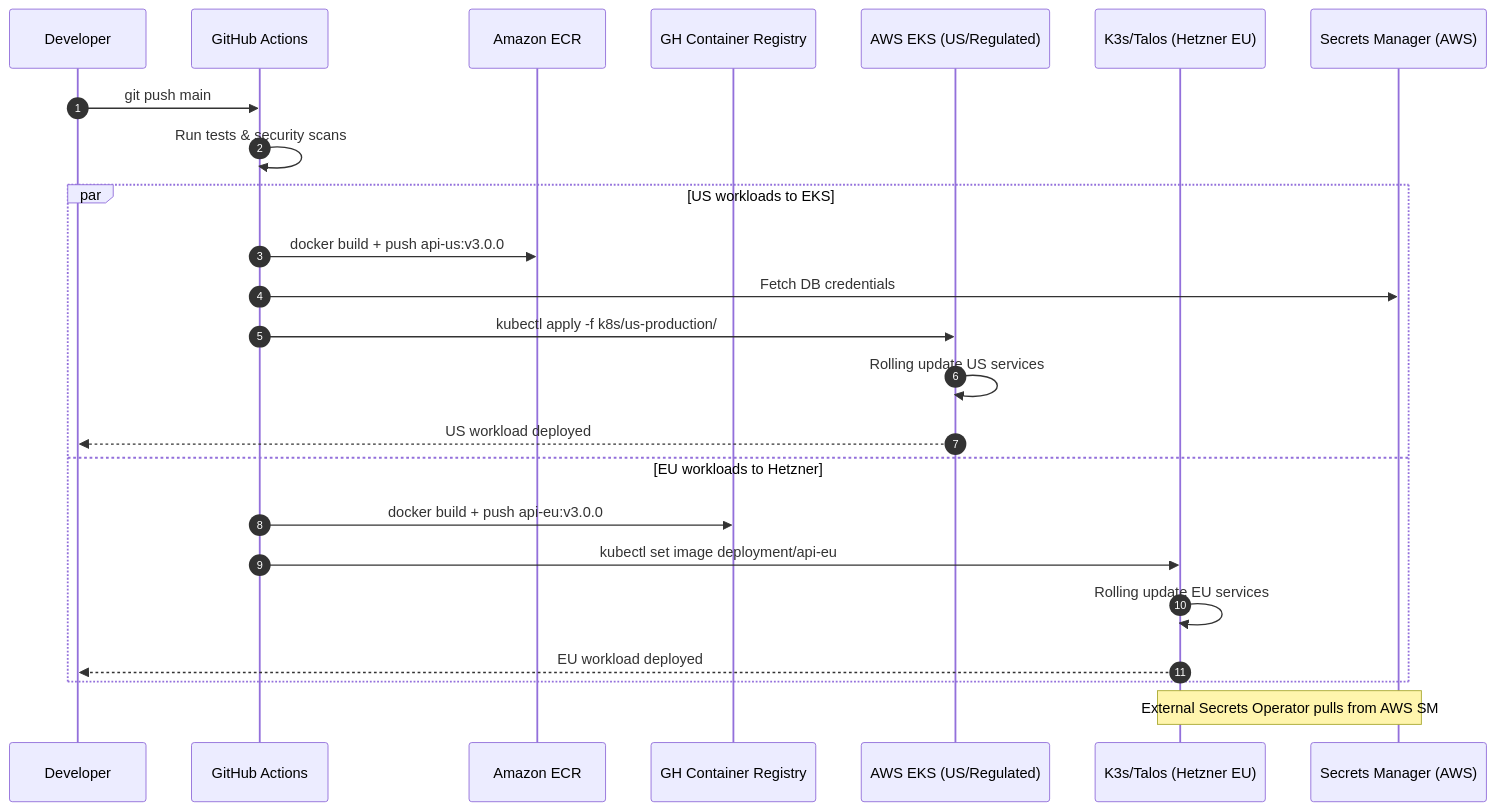
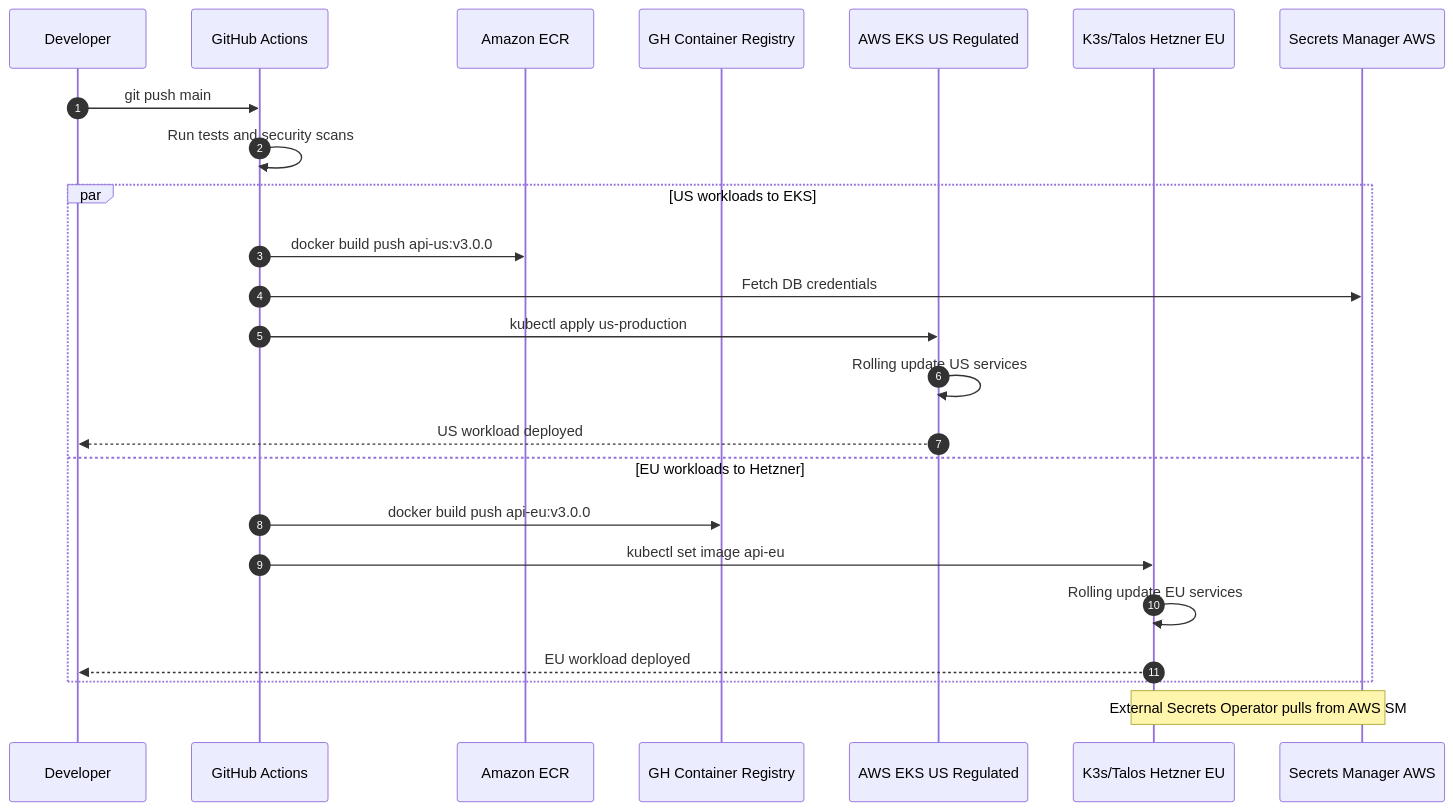
Before and after one commit to DurianLAB/hetzner-to-eks: the ninth of 10 diagrams in README.md, drawn with Mermaid. The commit also changed other lines of this file, not shown here.

````diff
--- a/README.md
+++ b/README.md
@@ -548,29 +461,29 @@
 ```mermaid
 sequenceDiagram
     autonumber
     participant DEV as Developer
     participant GH as GitHub Actions
     participant ECR as Amazon ECR
     participant GHCR as GH Container Registry
-    participant EKS as AWS EKS (US/Regulated)
-    participant HETZNER as K3s/Talos (Hetzner EU)
-    participant SM as Secrets Manager (AWS)
+    participant EKS as AWS EKS US Regulated
+    participant HETZNER as K3s/Talos Hetzner EU
+    participant SM as Secrets Manager AWS
 
     DEV->>GH: git push main
-    GH->>GH: Run tests & security scans
+    GH->>GH: Run tests and security scans
 
     par US workloads to EKS
-        GH->>ECR: docker build + push api-us:v3.0.0
+        GH->>ECR: docker build push api-us:v3.0.0
         GH->>SM: Fetch DB credentials
-        GH->>EKS: kubectl apply -f k8s/us-production/
+        GH->>EKS: kubectl apply us-production
         EKS->>EKS: Rolling update US services
         EKS-->>DEV: US workload deployed
     and EU workloads to Hetzner
-        GH->>GHCR: docker build + push api-eu:v3.0.0
-        GH->>HETZNER: kubectl set image deployment/api-eu
+        GH->>GHCR: docker build push api-eu:v3.0.0
+        GH->>HETZNER: kubectl set image api-eu
         HETZNER->>HETZNER: Rolling update EU services
         HETZNER-->>DEV: EU workload deployed
     end
 
     Note over SM,HETZNER: External Secrets Operator pulls from AWS SM
 ```
````
